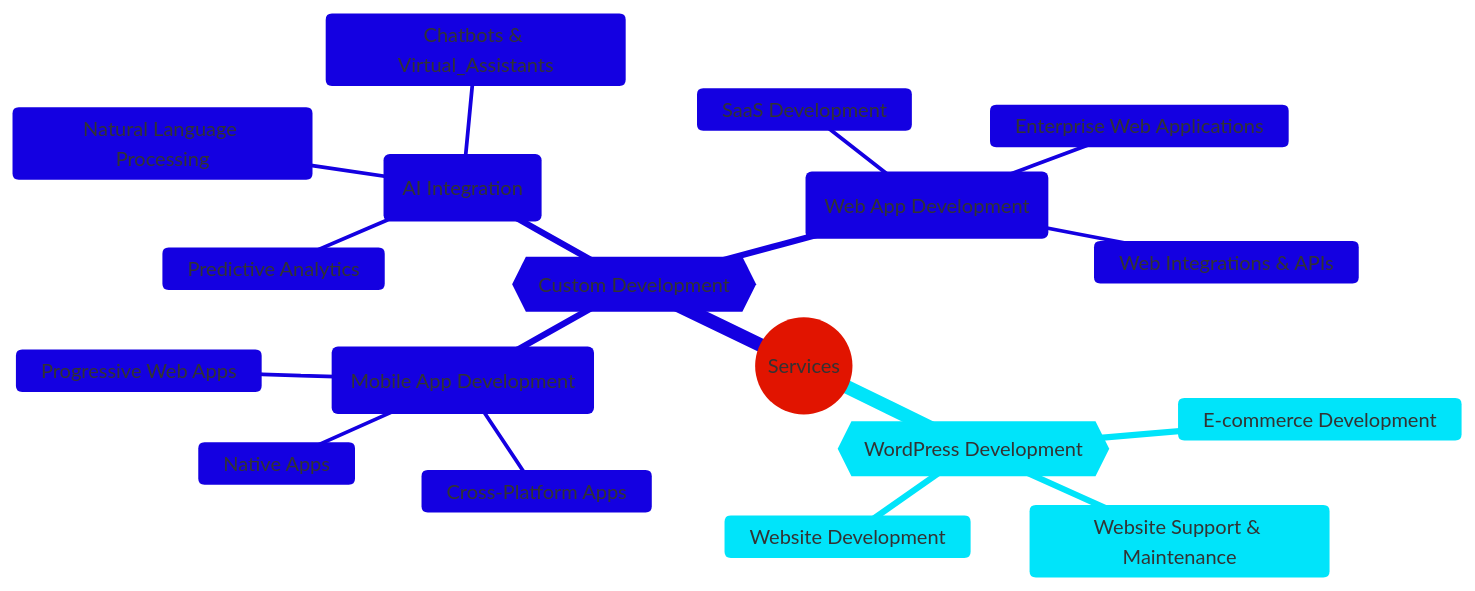
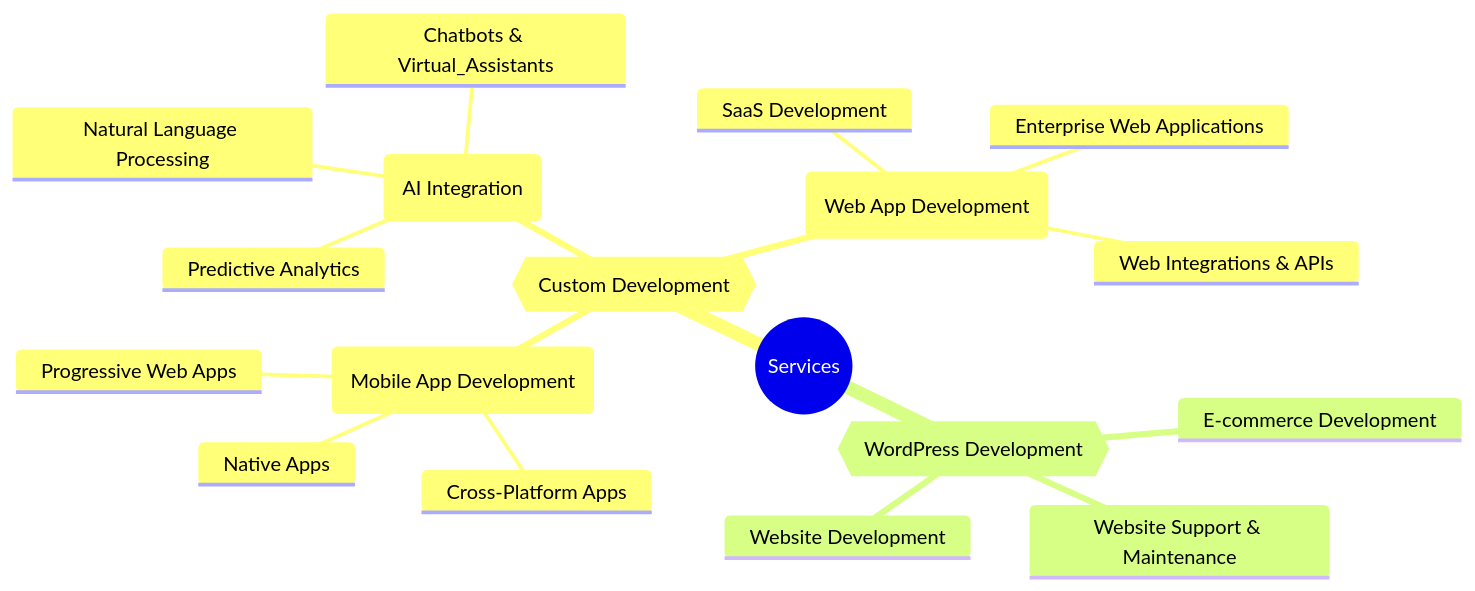
Before and after one commit to outsoarph/.github: the diagram in profile/SERVICES.md, drawn with Mermaid.

Commit message:
Refactor SERVICES.md mindmap configuration for improved theme and font consistency

````diff
--- a/profile/SERVICES.md
+++ b/profile/SERVICES.md
@@ -3,32 +3,27 @@
 ```mermaid
 ---
 config:
   layout: tidy-tree
-  theme: base
   themeVariables:
-    primaryColor: '#ff6f61'
-    edgeLabelBackground: '#ffffff'
-    clusterBkg: '#ffe5e0'
-    clusterBorder: '#ff6f61'
-    fontFamily: 'Arial, sans-serif'
+    fontFamily: 'Poppins, sans-serif'
 ---
 mindmap
   root((Services))
     Custom_Development{{Custom Development}}
       Web_App_Development(Web App Development)
         SaaS Development
         Enterprise Web Applications
         Web Integrations & APIs
       Mobile_App_Development(Mobile App Development)
         Cross-Platform Apps
         Native Apps
         Progressive Web Apps
       AI_Integration(AI Integration)
         Chatbots & Virtual_Assistants
         Predictive Analytics
         Natural Language Processing
     WordPress_Development{{WordPress Development}}
       Website Development
       E-commerce Development
       Website Support & Maintenance
 ```
````
